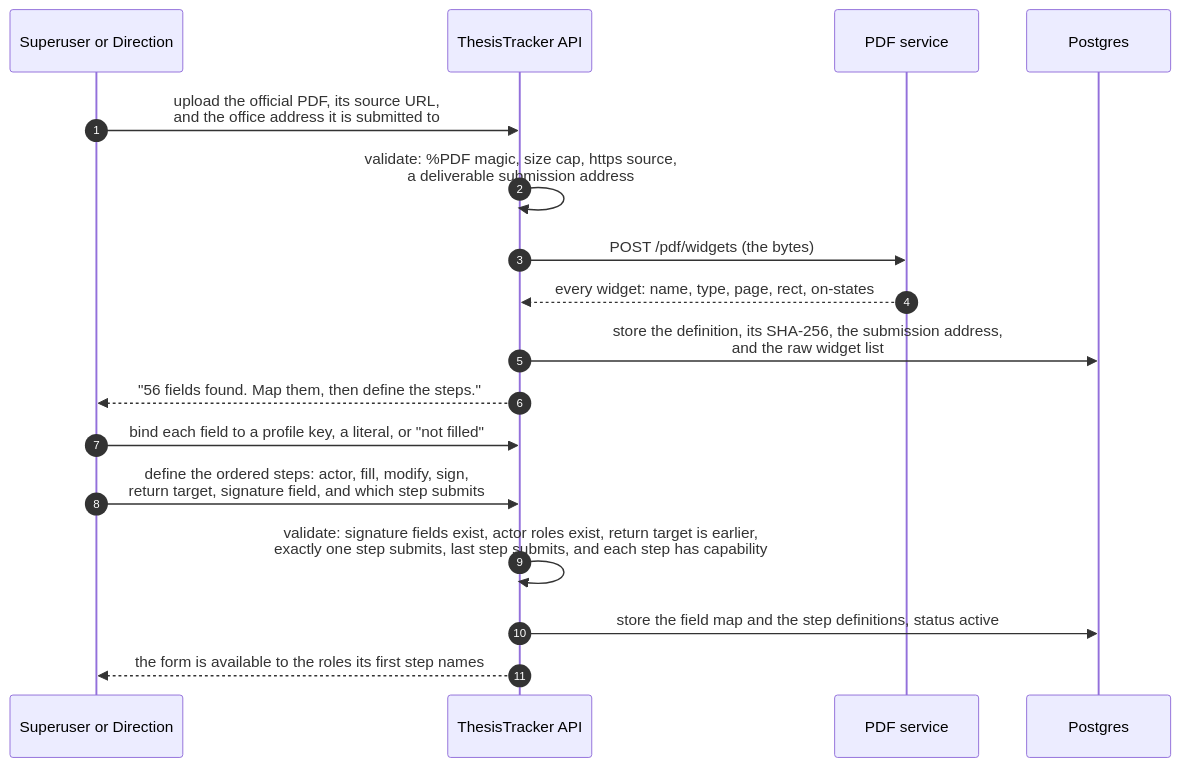
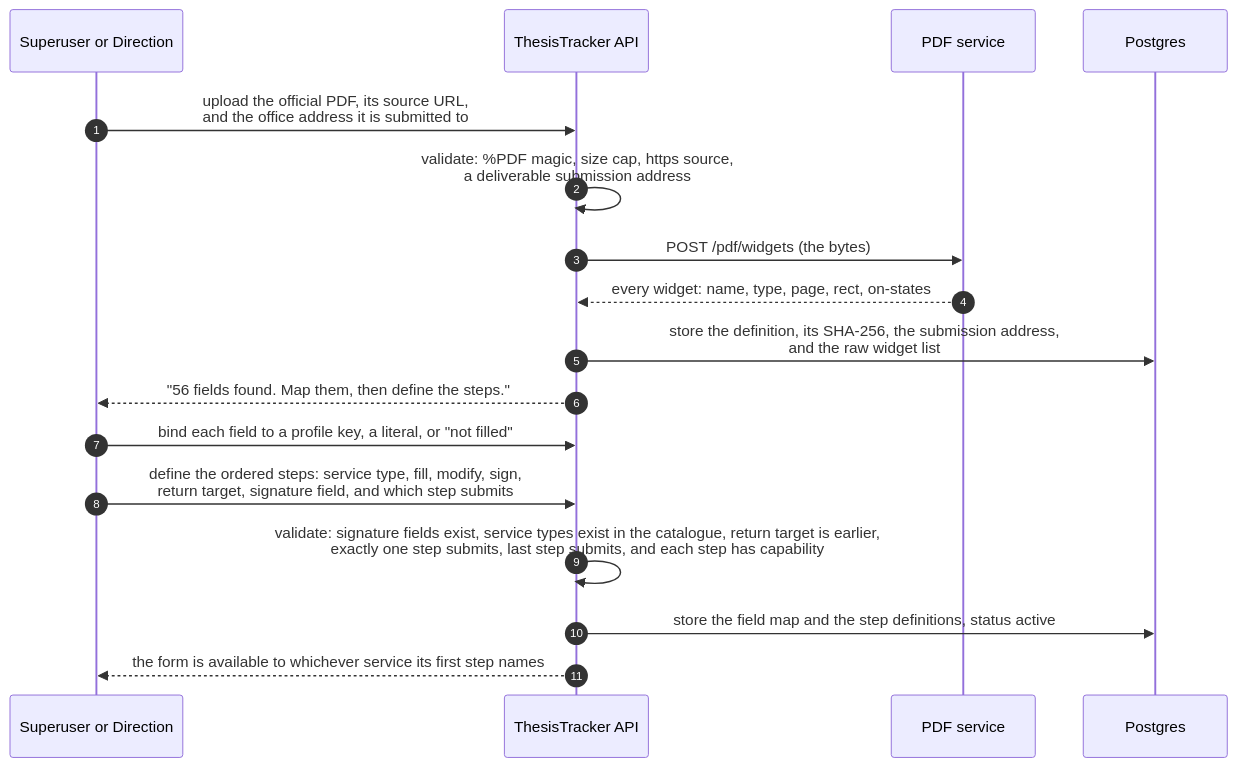
One commit to LARi-UQAC/ResearchTools changed the fifth of 13 diagrams in NEW_ARCHITECTURE.md. Above: the diagram before and after it, drawn with Mermaid. The commit also changed other lines of this file, not shown here.

````diff
--- a/NEW_ARCHITECTURE.md
+++ b/NEW_ARCHITECTURE.md
@@ -350,20 +412,20 @@
 ```mermaid
 sequenceDiagram
   autonumber
   participant U as Superuser or Direction
   participant A as ThesisTracker API
   participant F as PDF service
   participant D as Postgres
 
   U->>A: upload the official PDF, its source URL,<br/>and the office address it is submitted to
   A->>A: validate: %PDF magic, size cap, https source,<br/>a deliverable submission address
   A->>F: POST /pdf/widgets (the bytes)
   F-->>A: every widget: name, type, page, rect, on-states
   A->>D: store the definition, its SHA-256, the submission address,<br/>and the raw widget list
   A-->>U: "56 fields found. Map them, then define the steps."
   U->>A: bind each field to a profile key, a literal, or "not filled"
-  U->>A: define the ordered steps: actor, fill, modify, sign,<br/>return target, signature field, and which step submits
-  A->>A: validate: signature fields exist, actor roles exist, return target is earlier,<br/>exactly one step submits, last step submits, and each step has capability
+  U->>A: define the ordered steps: service type, fill, modify, sign,<br/>return target, signature field, and which step submits
+  A->>A: validate: signature fields exist, service types exist in the catalogue, return target is earlier,<br/>exactly one step submits, last step submits, and each step has capability
   A->>D: store the field map and the step definitions, status active
-  A-->>U: the form is available to the roles its first step names
+  A-->>U: the form is available to whichever service its first step names
 ```
````
